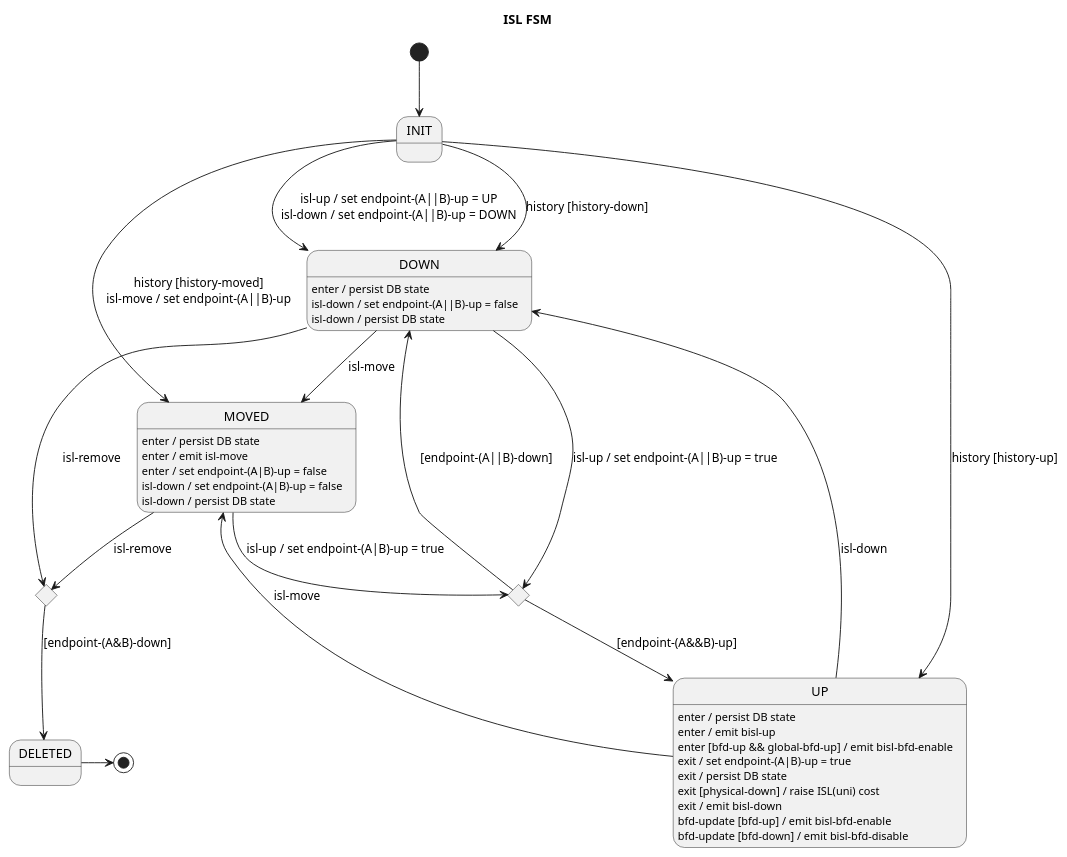
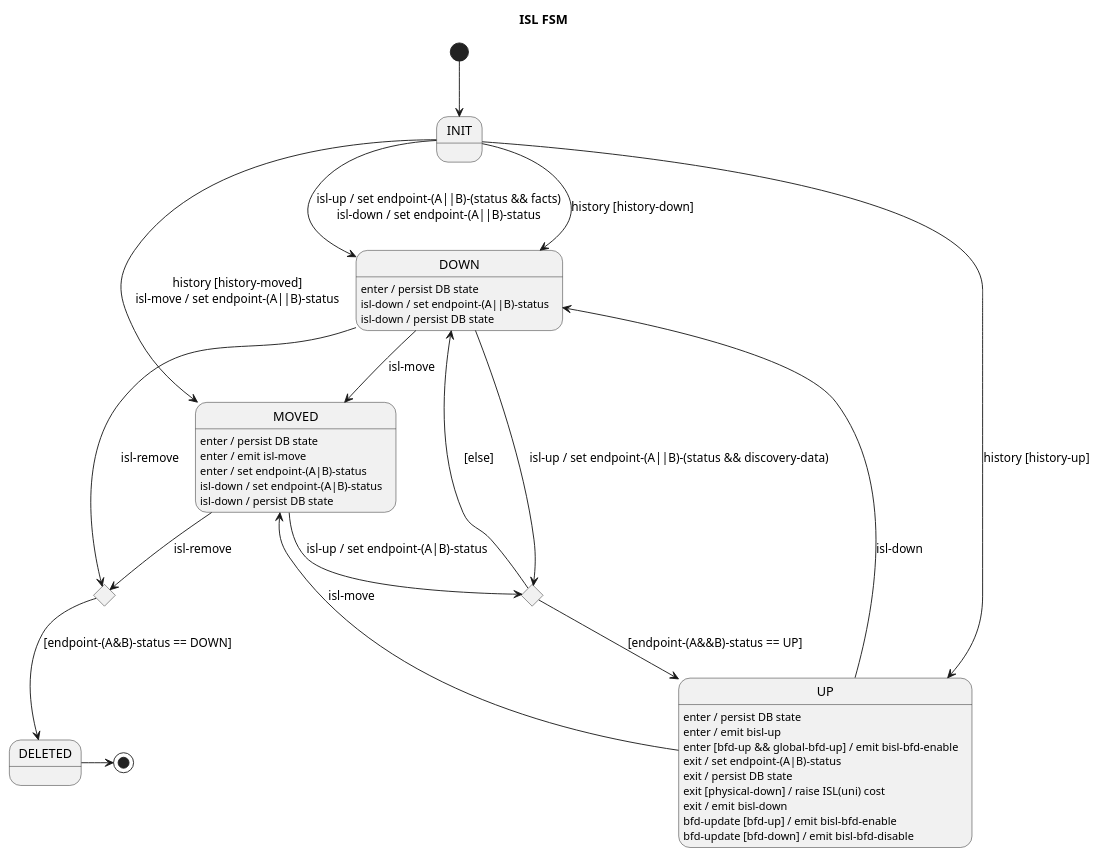
One commit to telstra/open-kilda changed the diagram in docs/design/network-discovery/ISL-FSM.puml. Above: the diagram before and after it, drawn with PlantUML. The commit also changed 5 other files, not shown here.

```diff
--- a/docs/design/network-discovery/ISL-FSM.puml
+++ b/docs/design/network-discovery/ISL-FSM.puml
@@ -19,46 +19,46 @@
 @startuml
 title ISL FSM
 
 [*] --> INIT
 
-INIT --> DOWN : isl-up / set endpoint-(A||B)-up = UP\nisl-down / set endpoint-(A||B)-up = DOWN
+INIT --> DOWN : isl-up / set endpoint-(A||B)-(status && facts)\nisl-down / set endpoint-(A||B)-status
 INIT --> DOWN : history [history-down]
 INIT --> UP : history [history-up]
-INIT --> MOVED : history [history-moved]\nisl-move / set endpoint-(A||B)-up
+INIT --> MOVED : history [history-moved]\nisl-move / set endpoint-(A||B)-status
 
 state upAttempt <<choice>>
 state deleteAttempt <<choice>>
-deleteAttempt --> DELETED : [endpoint-(A&B)-down]
+deleteAttempt --> DELETED : [endpoint-(A&B)-status == DOWN]
 
-DOWN --> upAttempt : isl-up / set endpoint-(A||B)-up = true
+DOWN --> upAttempt : isl-up / set endpoint-(A||B)-(status && discovery-data)
 DOWN --> MOVED : isl-move
 DOWN : enter / persist DB state
-DOWN : isl-down / set endpoint-(A||B)-up = false
+DOWN : isl-down / set endpoint-(A||B)-status
 DOWN : isl-down / persist DB state
 DOWN -> deleteAttempt : isl-remove
 
-upAttempt --> UP : [endpoint-(A&&B)-up]
-upAttempt --> DOWN : [endpoint-(A||B)-down]
+upAttempt --> UP : [endpoint-(A&&B)-status == UP]
+upAttempt --> DOWN : [else]
 
 UP --> DOWN : isl-down
 UP --> MOVED : isl-move
 UP : enter / persist DB state
 UP : enter / emit bisl-up
 UP : enter [bfd-up && global-bfd-up] / emit bisl-bfd-enable
-UP : exit / set endpoint-(A|B)-up = true
+UP : exit / set endpoint-(A|B)-status
 UP : exit / persist DB state
 UP : exit [physical-down] / raise ISL(uni) cost
 UP : exit / emit bisl-down
 UP : bfd-update [bfd-up] / emit bisl-bfd-enable
 UP : bfd-update [bfd-down] / emit bisl-bfd-disable
 
-MOVED --> upAttempt : isl-up / set endpoint-(A|B)-up = true
+MOVED --> upAttempt : isl-up / set endpoint-(A|B)-status
 MOVED --> deleteAttempt : isl-remove
 MOVED : enter / persist DB state
 MOVED : enter / emit isl-move
-MOVED : enter / set endpoint-(A|B)-up = false
-MOVED : isl-down / set endpoint-(A|B)-up = false
+MOVED : enter / set endpoint-(A|B)-status
+MOVED : isl-down / set endpoint-(A|B)-status
 MOVED : isl-down / persist DB state
 
 DELETED -> [*]
 @enduml
```
